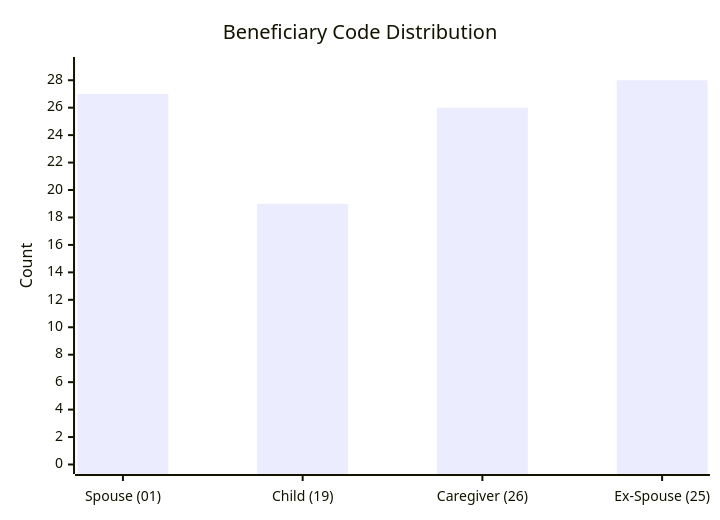
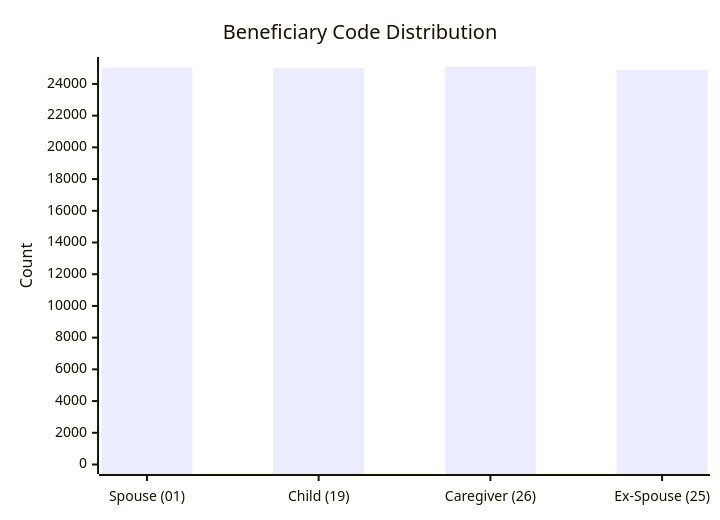
One commit to dhagan-va/intern-2025 changed the seventh of 10 diagrams in test-tools/DataGen/src/Statistics_Visualizer.md. Above: the diagram before and after it, drawn with Mermaid. The commit also changed other lines of this file and 2 other files, not shown here.

````diff
--- a/test-tools/DataGen/src/Statistics_Visualizer.md
+++ b/test-tools/DataGen/src/Statistics_Visualizer.md
@@ -77,7 +77,7 @@
 ```mermaid
 xychart-beta
     title "Beneficiary Code Distribution"
     x-axis ["Spouse (01)", "Child (19)", "Caregiver (26)", "Ex-Spouse (25)"]
-    y-axis "Count" 0 --> 29
-    bar [27, 19, 26, 28]
+    y-axis "Count" 0 --> 25099
+    bar [25029, 24999, 25098, 24874]
 ```
````
